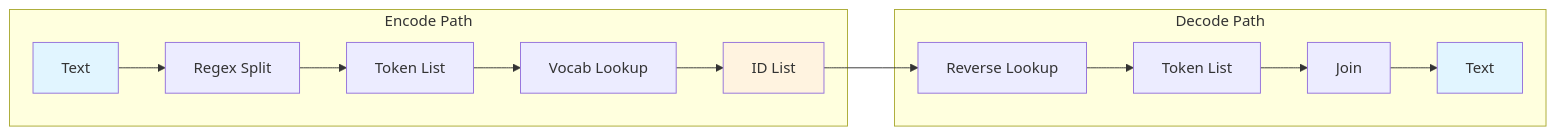
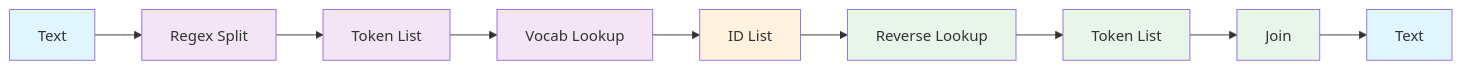
One commit to tanishk147/LLM-Playlist-to-book changed the diagram in book/figures/generated/tokenization_and_bpe_fig04.mmd. Above: the diagram before and after it, drawn with Mermaid. The commit also changed 77 other files, not shown here.

```diff
--- a/book/figures/generated/tokenization_and_bpe_fig04.mmd
+++ b/book/figures/generated/tokenization_and_bpe_fig04.mmd
@@ -1,28 +1,19 @@
 graph LR
     A["Text"] --> B["Regex Split"]
     B --> C["Token List"]
     C --> D["Vocab Lookup"]
     D --> E["ID List"]
     E --> F["Reverse Lookup"]
     F --> G["Token List"]
     G --> H["Join"]
     H --> I["Text"]
     
     style A fill:#e1f5ff
     style E fill:#fff3e0
     style I fill:#e1f5ff
-    
-    subgraph encode["Encode Path"]
-        A
-        B
-        C
-        D
-        E
-    end
-    
-    subgraph decode["Decode Path"]
-        F
-        G
-        H
-        I
-    end
+    style B fill:#f3e5f5
+    style C fill:#f3e5f5
+    style D fill:#f3e5f5
+    style F fill:#e8f5e9
+    style G fill:#e8f5e9
+    style H fill:#e8f5e9
```
